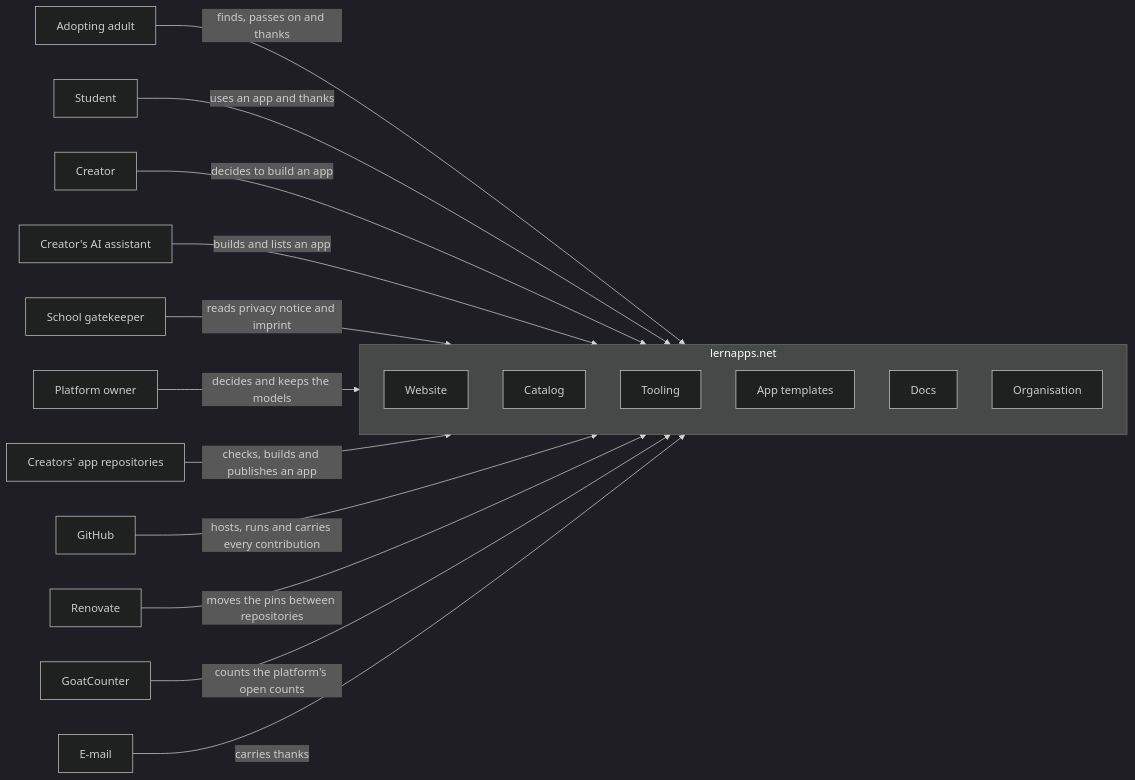
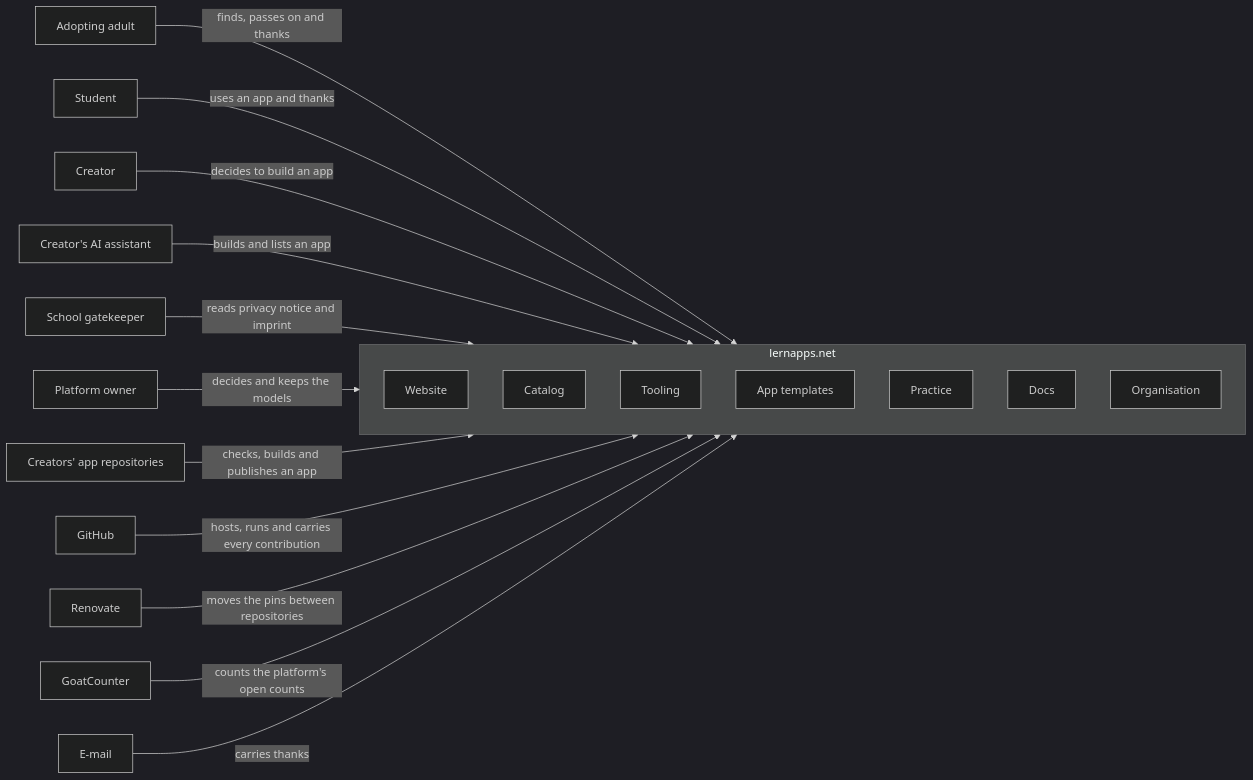
Before and after one commit to lernapps/docs: the diagram in docs/arc42/03-system-context.arc42.md, drawn with Mermaid (dark theme). The commit also changed other lines of this file and 13 other files, not shown here.

First line of the commit message:
feat: place a tailor-made temporary app (practice) in the platform design and the architecture (#65)

````diff
--- a/docs/arc42/03-system-context.arc42.md
+++ b/docs/arc42/03-system-context.arc42.md
@@ -18,33 +18,34 @@
 ```mermaid
 flowchart LR
     actor-adopting-adult["Adopting adult"]
     actor-student["Student"]
     actor-creator["Creator"]
     actor-ai-assistant["Creator's AI assistant"]
     actor-gatekeeper["School gatekeeper"]
     actor-platform-owner["Platform owner"]
     actor-app-repo-actions["Creators' app repositories"]
     actor-github["GitHub"]
     actor-renovate["Renovate"]
     actor-goatcounter["GoatCounter"]
     actor-email["E-mail"]
     subgraph system["lernapps.net"]
         bb-website["Website"]
         bb-catalog["Catalog"]
         bb-tooling["Tooling"]
         bb-app-templates["App templates"]
+        bb-practice["Practice"]
         bb-docs["Docs"]
         bb-org["Organisation"]
     end
     actor-adopting-adult -->|"finds, passes on and thanks"| system
     actor-student -->|"uses an app and thanks"| system
     actor-creator -->|"decides to build an app"| system
     actor-ai-assistant -->|"builds and lists an app"| system
     actor-gatekeeper -->|"reads privacy notice and imprint"| system
     actor-platform-owner -->|"decides and keeps the models"| system
     actor-app-repo-actions -->|"checks, builds and publishes an app"| system
     actor-github -->|"hosts, runs and carries every contribution"| system
     actor-renovate -->|"moves the pins between repositories"| system
     actor-goatcounter -->|"counts the platform's open counts"| system
     actor-email -->|"carries thanks"| system
 ```
````
